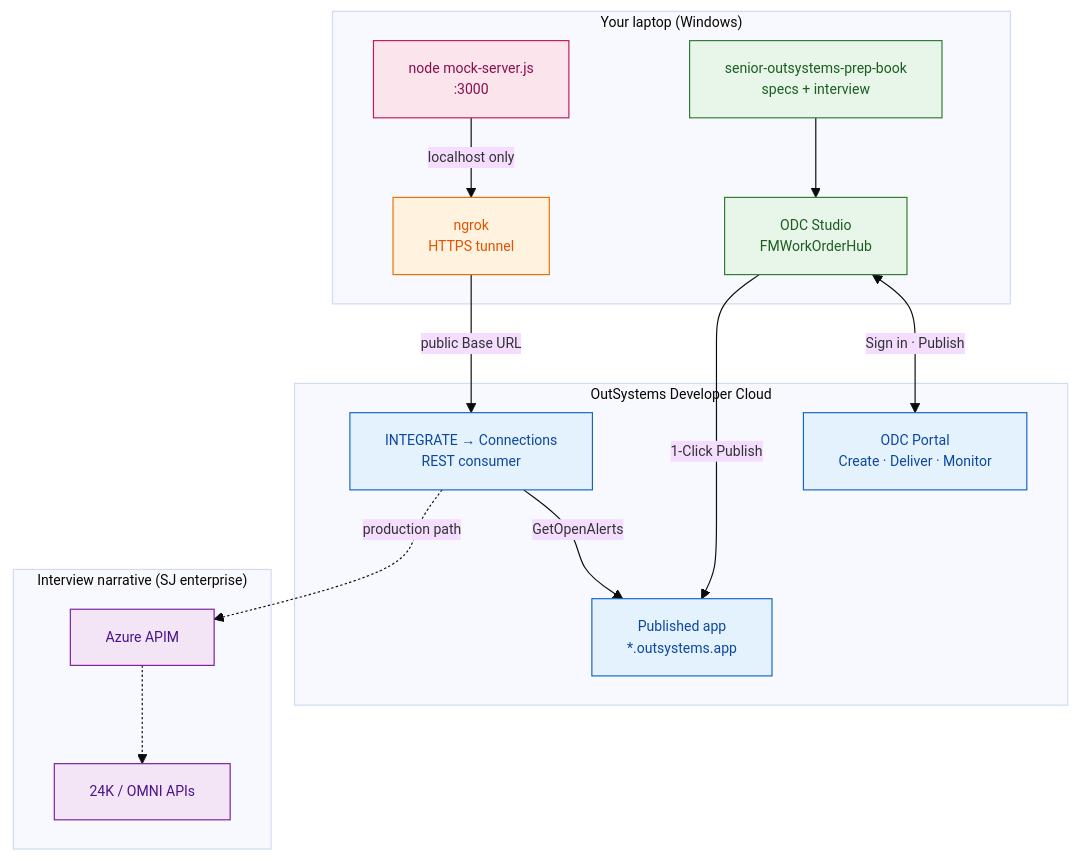
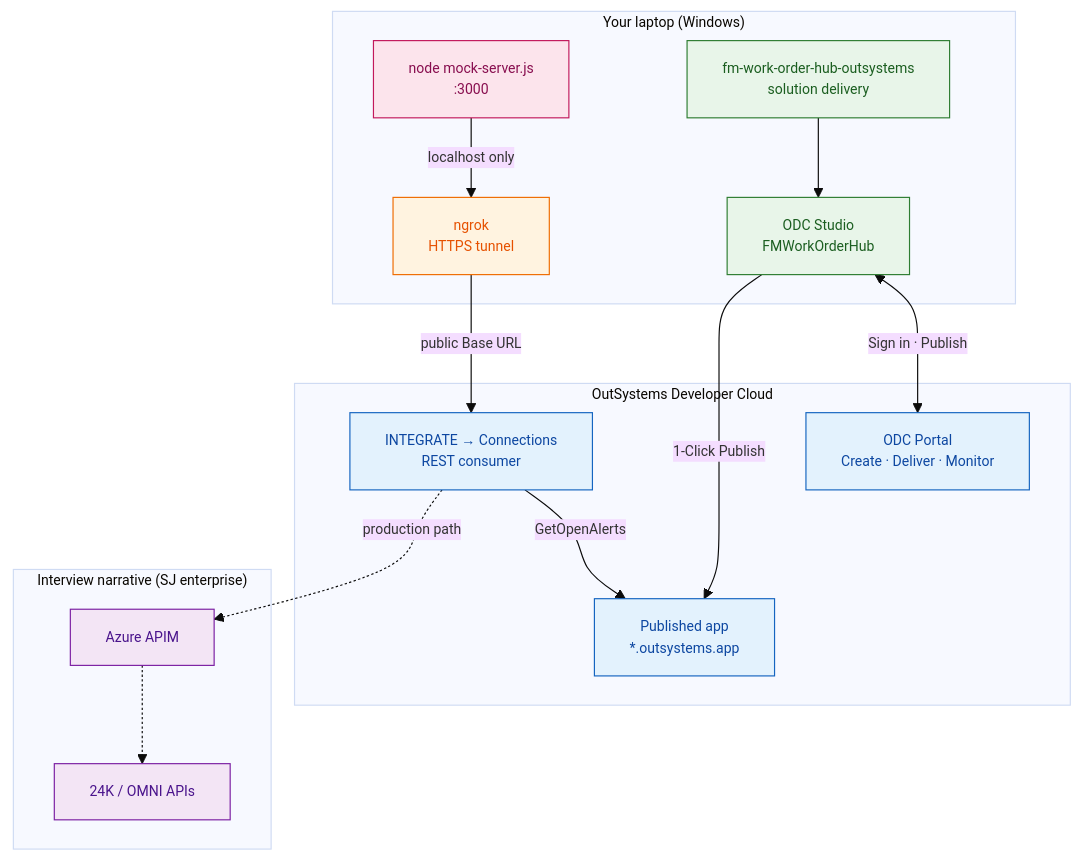
One commit to willtran112358/fm-work-order-hub-outsystems changed the first of 10 diagrams in resources/dev-environment-and-practice-diagrams.md. Above: the diagram before and after it, drawn with Mermaid. The commit also changed 1 other file, not shown here.

Commit message:
Rename repo references to fm-work-order-hub-outsystems

````diff
--- a/resources/dev-environment-and-practice-diagrams.md
+++ b/resources/dev-environment-and-practice-diagrams.md
@@ -13,36 +13,36 @@
 ```mermaid
 %%{init: {'theme': 'base', 'themeVariables': {'fontSize': '12px'}}}%%
 flowchart TB
     classDef local fill:#e8f5e9,stroke:#2e7d32,color:#1b5e20
     classDef tunnel fill:#fff3e0,stroke:#ef6c00,color:#e65100
     classDef cloud fill:#e3f2fd,stroke:#1565c0,color:#0d47a1
     classDef mock fill:#fce4ec,stroke:#c2185b,color:#880e4f
     classDef sj fill:#f3e5f5,stroke:#7b1fa2,color:#4a148c
 
     subgraph laptop["Your laptop (Windows)"]
         STU["ODC Studio<br/>FMWorkOrderHub"]:::local
         NODE["node mock-server.js<br/>:3000"]:::mock
         NG["ngrok<br/>HTTPS tunnel"]:::tunnel
-        GIT["senior-outsystems-prep-book<br/>specs + interview"]:::local
+        GIT["fm-work-order-hub-outsystems<br/>solution delivery"]:::local
     end
 
     subgraph odc["OutSystems Developer Cloud"]
         PORT["ODC Portal<br/>Create · Deliver · Monitor"]:::cloud
         APP["Published app<br/>*.outsystems.app"]:::cloud
         CONN["INTEGRATE → Connections<br/>REST consumer"]:::cloud
     end
 
     subgraph future["Interview narrative (SJ enterprise)"]
         APIM["Azure APIM"]:::sj
         K24["24K / OMNI APIs"]:::sj
     end
 
     STU <-->|"Sign in · Publish"| PORT
     STU -->|"1-Click Publish"| APP
     NODE -->|"localhost only"| NG
     NG -->|"public Base URL"| CONN
     CONN -->|"GetOpenAlerts"| APP
     CONN -.->|"production path"| APIM
     APIM -.-> K24
     GIT --> STU
 ```
````
